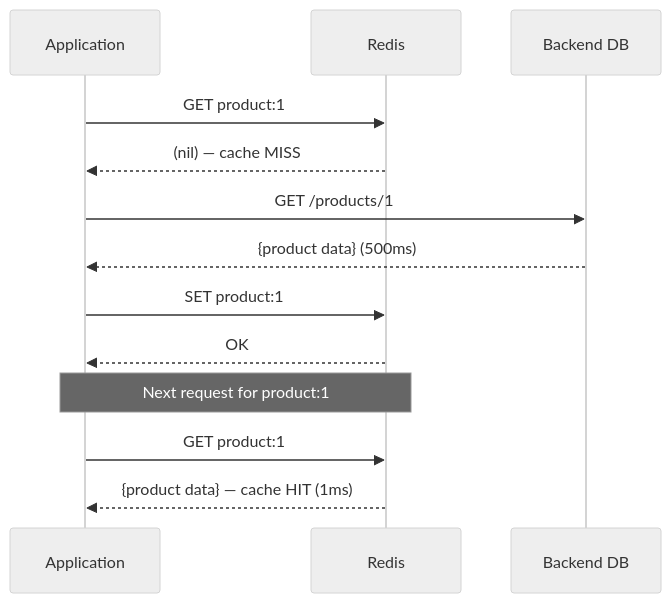
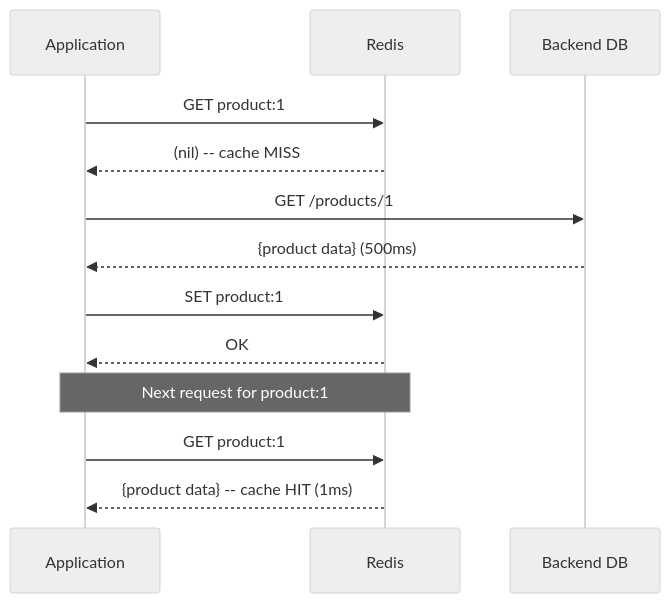
The second of 5 diagrams in 11-caching/README.md (gamaware/system-design-course), drawn with Mermaid (neutral theme) before and after one commit. The commit also changed other lines of this file and 7 other files, not shown here.

Commit message:
refactor: improve Mermaid diagram formatting and readability

````diff
--- a/11-caching/README.md
+++ b/11-caching/README.md
@@ -220,19 +224,21 @@
 ```mermaid
 sequenceDiagram
     participant App as Application
     participant Cache as Redis
     participant DB as Backend DB
 
-    App->>Cache: GET product:1
-    Cache-->>App: (nil) — cache MISS
+    %% First request: cache miss
+    App ->> Cache: GET product:1
+    Cache -->> App: (nil) -- cache MISS
 
-    App->>DB: GET /products/1
-    DB-->>App: {product data} (500ms)
+    App ->> DB: GET /products/1
+    DB -->> App: {product data} (500ms)
 
-    App->>Cache: SET product:1
-    Cache-->>App: OK
+    App ->> Cache: SET product:1
+    Cache -->> App: OK
 
-    Note over App,Cache: Next request for product:1
-    App->>Cache: GET product:1
-    Cache-->>App: {product data} — cache HIT (1ms)
+    %% Second request: cache hit
+    Note over App, Cache: Next request for product:1
+    App ->> Cache: GET product:1
+    Cache -->> App: {product data} -- cache HIT (1ms)
 ```
````
